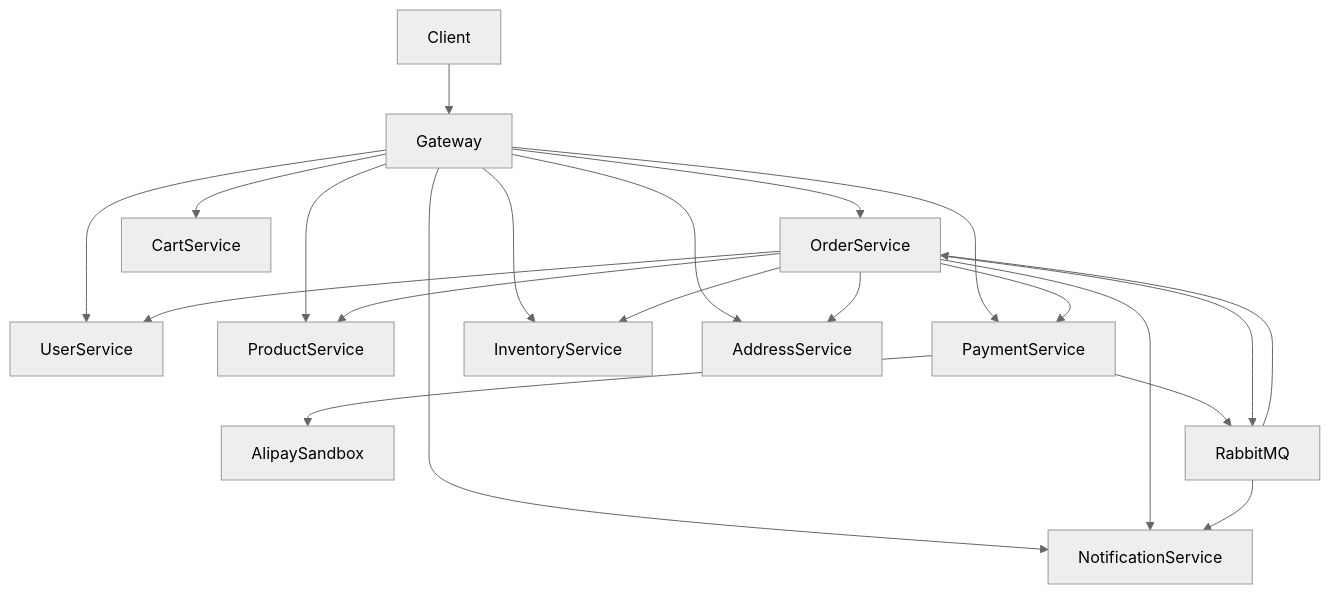
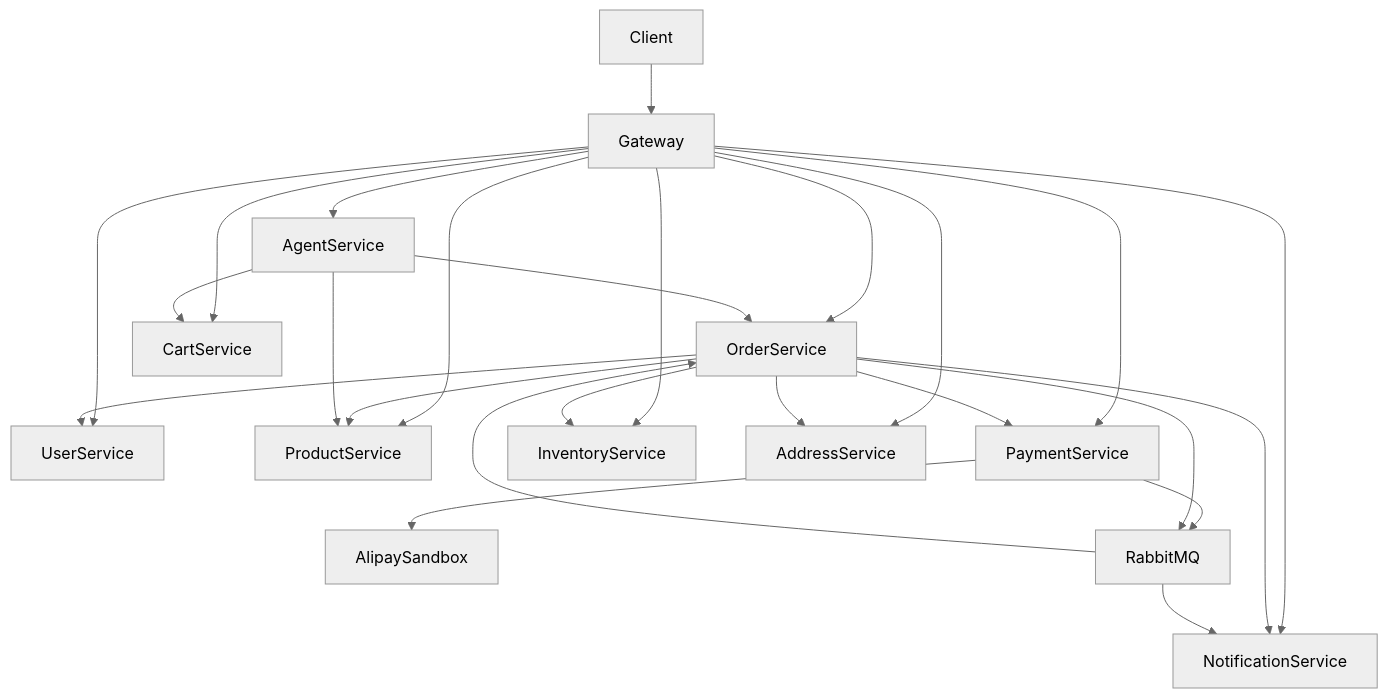
Before and after one commit to PsJava2503/psj-demo: the diagram in README.md, drawn with Mermaid (neutral theme). The commit also changed other lines of this file and 47 other files, not shown here.

````diff
--- a/README.md
+++ b/README.md
@@ -44,25 +46,29 @@
 ```mermaid
 flowchart TD
     client[Client] --> gateway[Gateway]
     gateway --> orderService[OrderService]
     gateway --> userService[UserService]
     gateway --> productService[ProductService]
     gateway --> paymentService[PaymentService]
     gateway --> inventoryService[InventoryService]
     gateway --> notificationService[NotificationService]
     gateway --> addressService[AddressService]
     gateway --> cartService[CartService]
+    gateway --> agentService[AgentService]
 
     orderService --> productService
     orderService --> addressService
     orderService --> userService
     orderService --> inventoryService
     orderService --> paymentService
     orderService --> notificationService
 
     paymentService --> alipay[AlipaySandbox]
     paymentService --> rabbitmq[RabbitMQ]
     orderService --> rabbitmq
     rabbitmq --> orderService
     rabbitmq --> notificationService
+    agentService --> productService
+    agentService --> orderService
+    agentService --> cartService
 ```
````
